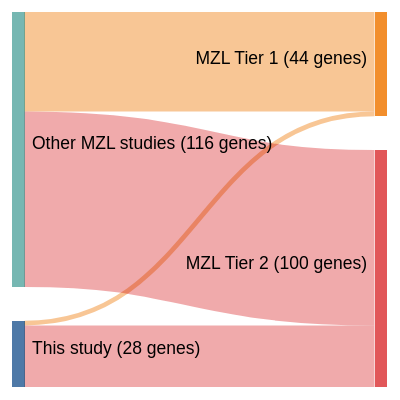
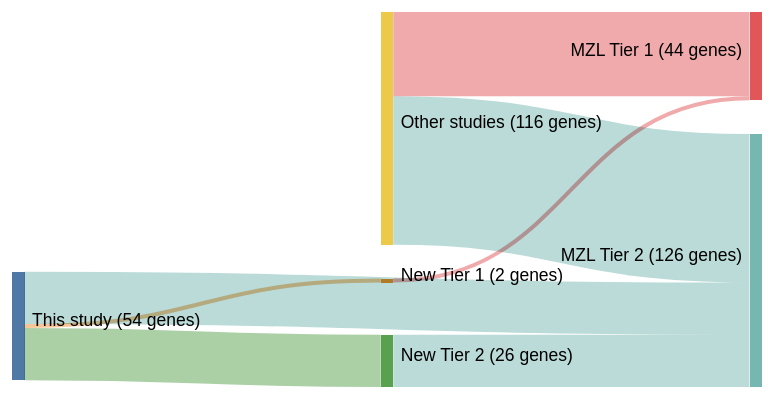
One commit to morinlab/lymphopedia changed the diagram in papers/jalladesExomeSequencingIdentifies2017.md. Above: the diagram before and after it, drawn with Mermaid (forest theme). The commit also changed 82 other files, not shown here.

````diff
--- a/papers/jalladesExomeSequencingIdentifies2017.md
+++ b/papers/jalladesExomeSequencingIdentifies2017.md
@@ -12,18 +12,21 @@
 ```mermaid
 ---
 config:
     sankey:
         showValues: true
         linkColor: target
-        width: 300
+        width: 600
         height: 300
         nodeAlignment: right
         prefix: '('
         suffix: ' genes)'
 ---
 sankey-beta
-This study, MZL Tier 1, 2
+This study, New Tier 1, 2
+New Tier 1, MZL Tier 1, 2
 This study, MZL Tier 2, 26
-Other MZL studies, MZL Tier 1, 42
-Other MZL studies, MZL Tier 2, 74
+This study, New Tier 2, 26
+New Tier 2, MZL Tier 2, 26
+Other studies, MZL Tier 1, 42
+Other studies, MZL Tier 2, 74
 ```
````
